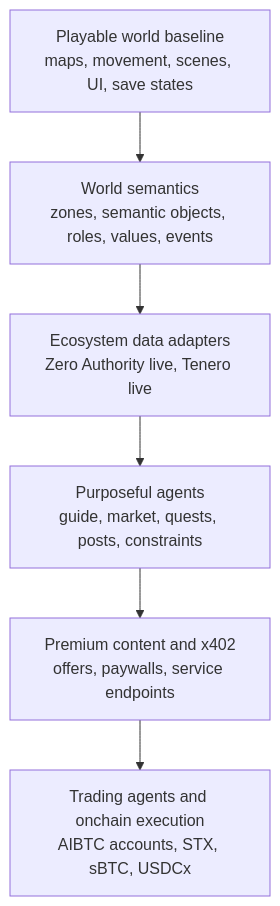
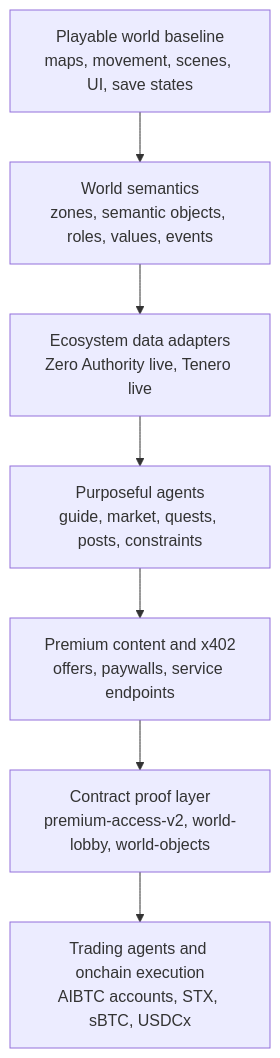
The fifth of 11 diagrams in docs/Stacks2D-Architecture.md (retroverse404/---stacks2d-dungeons-agents), drawn with Mermaid before and after one commit. The commit also changed other lines of this file and 4 other files, not shown here.

````diff
--- a/docs/Stacks2D-Architecture.md
+++ b/docs/Stacks2D-Architecture.md
@@ -132,15 +140,17 @@
 ```mermaid
 flowchart TD
   A[Phase 1<br/>Playable world baseline] --> B[Phase 2<br/>World semantics]
   B --> C[Phase 3<br/>Ecosystem data adapters]
   C --> D[Phase 4<br/>Purposeful agents]
   D --> E[Phase 5<br/>Premium content and x402]
-  E --> F[Phase 6<br/>Trading agents and onchain execution]
+  E --> F[Phase 6<br/>Contract proof layer]
+  F --> G[Phase 7<br/>Trading agents and onchain execution]
 
   A["Playable world baseline<br/>maps, movement, scenes, UI, save states"]
   B["World semantics<br/>zones, semantic objects, roles, values, events"]
   C["Ecosystem data adapters<br/>Zero Authority live, Tenero live"]
   D["Purposeful agents<br/>guide, market, quests, posts, constraints"]
   E["Premium content and x402<br/>offers, paywalls, service endpoints"]
-  F["Trading agents and onchain execution<br/>AIBTC accounts, STX, sBTC, USDCx"]
+  F["Contract proof layer<br/>premium-access-v2, world-lobby, world-objects"]
+  G["Trading agents and onchain execution<br/>AIBTC accounts, STX, sBTC, USDCx"]
 ```
````
